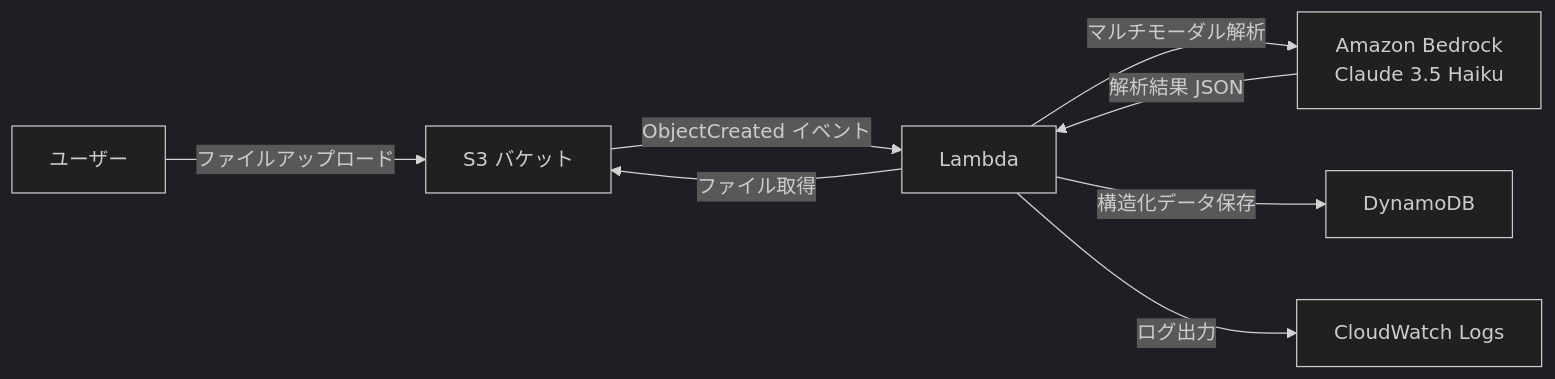
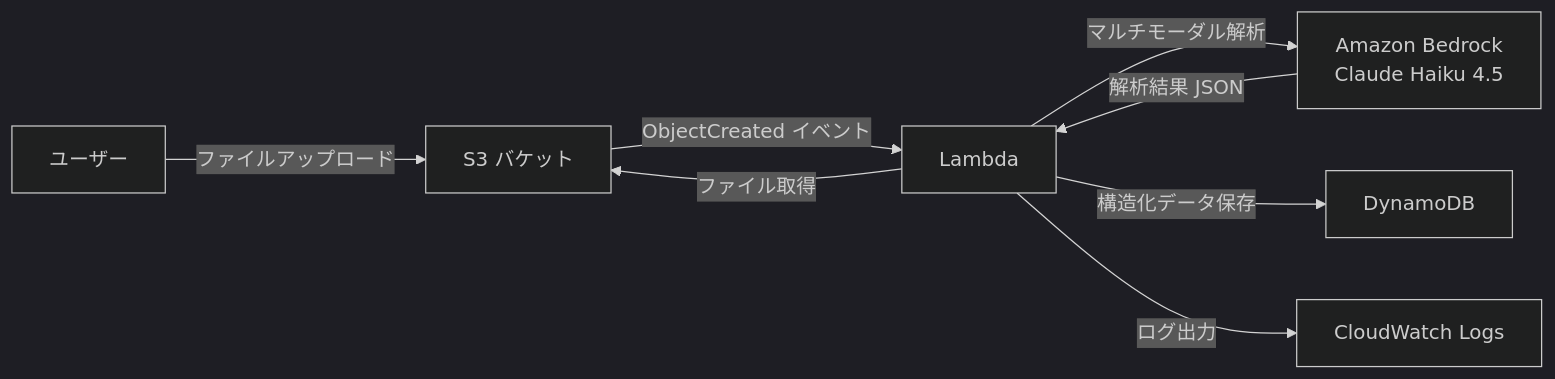
One commit to satoshif1977/aws-multimodal-analysis changed the diagram in README.md. Above: the diagram before and after it, drawn with Mermaid (dark theme). The commit also changed other lines of this file and 7 other files, not shown here.

````diff
--- a/README.md
+++ b/README.md
@@ -47,10 +47,10 @@
 ```mermaid
 graph LR
     A[ユーザー] -->|ファイルアップロード| B[S3 バケット]
     B -->|ObjectCreated イベント| C[Lambda]
     C -->|ファイル取得| B
-    C -->|マルチモーダル解析| D[Amazon Bedrock\nClaude 3.5 Haiku]
+    C -->|マルチモーダル解析| D[Amazon Bedrock\nClaude Haiku 4.5]
     D -->|解析結果 JSON| C
     C -->|構造化データ保存| E[DynamoDB]
     C -->|ログ出力| F[CloudWatch Logs]
 ```
````
